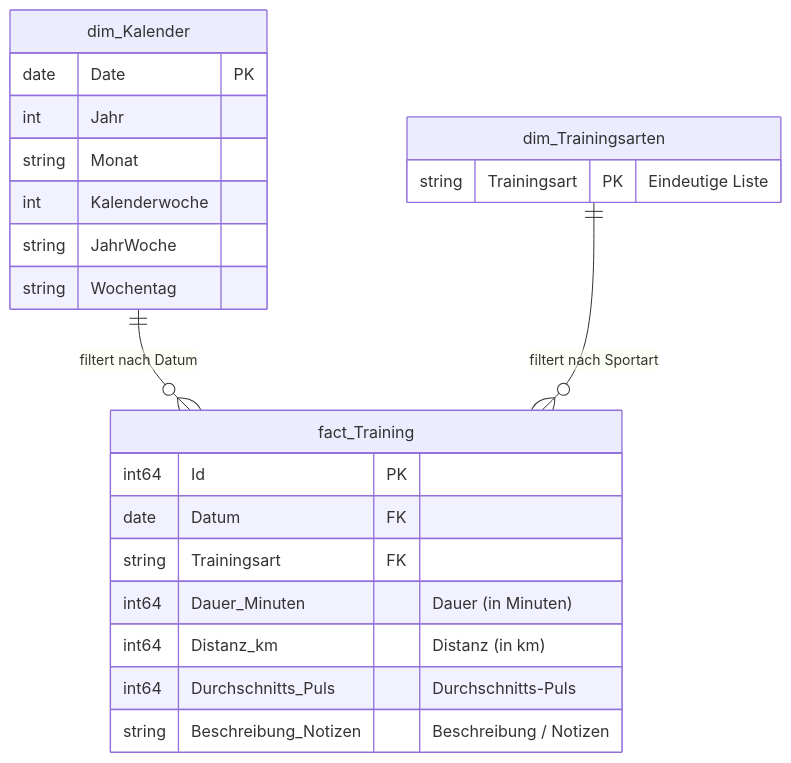
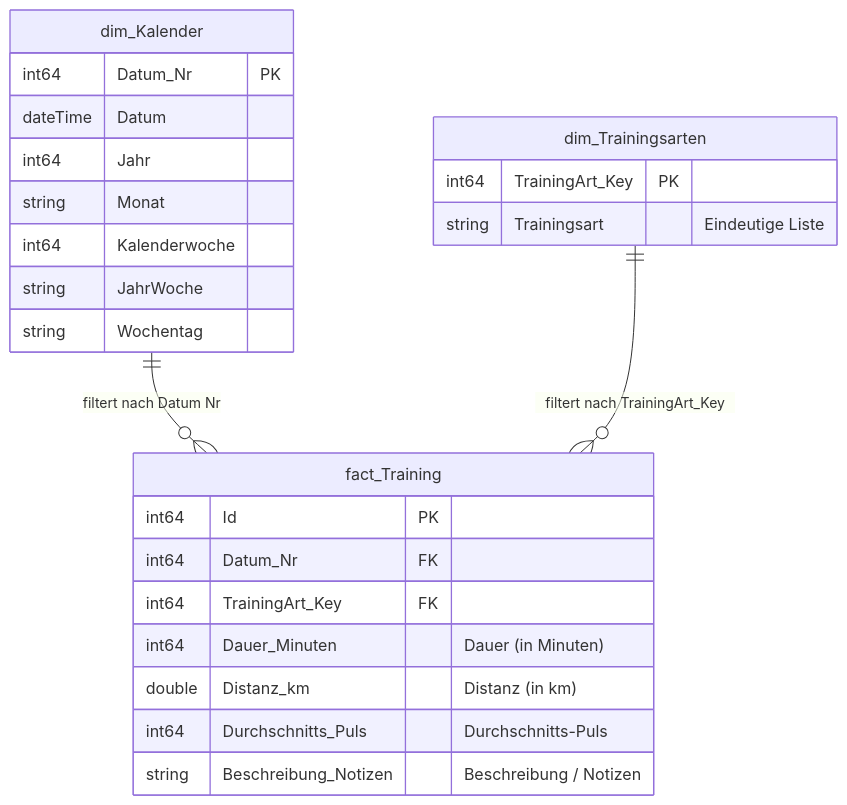
The diagram in docs/03_datenmodell.md (AndreasTraut/Personal-Fitness-BI), drawn with Mermaid before and after one commit. The commit also changed other lines of this file and 4 other files, not shown here.

````diff
--- a/docs/03_datenmodell.md
+++ b/docs/03_datenmodell.md
@@ -14,28 +14,30 @@
 ```mermaid
 erDiagram
-    dim_Kalender ||--o{ fact_Training : "filtert nach Datum"
-    dim_Trainingsarten ||--o{ fact_Training : "filtert nach Sportart"
+    dim_Kalender ||--o{ fact_Training : "filtert nach Datum Nr"
+    dim_Trainingsarten ||--o{ fact_Training : "filtert nach TrainingArt_Key"
     
     dim_Kalender {
-        date Date PK
-        int Jahr
+        int64 Datum_Nr PK
+        dateTime Datum
+        int64 Jahr
         string Monat
-        int Kalenderwoche
+        int64 Kalenderwoche
         string JahrWoche
         string Wochentag
     }
 
     dim_Trainingsarten {
-        string Trainingsart PK "Eindeutige Liste"
+        int64 TrainingArt_Key PK
+        string Trainingsart "Eindeutige Liste"
     }
 
     fact_Training {
         int64 Id PK
-        date Datum FK
-        string Trainingsart FK
+        int64 Datum_Nr FK
+        int64 TrainingArt_Key FK
         int64 Dauer_Minuten "Dauer (in Minuten)"
-        int64 Distanz_km "Distanz (in km)"
+        double Distanz_km "Distanz (in km)"
         int64 Durchschnitts_Puls "Durchschnitts-Puls"
         string Beschreibung_Notizen "Beschreibung / Notizen"
     }
 ```
````
